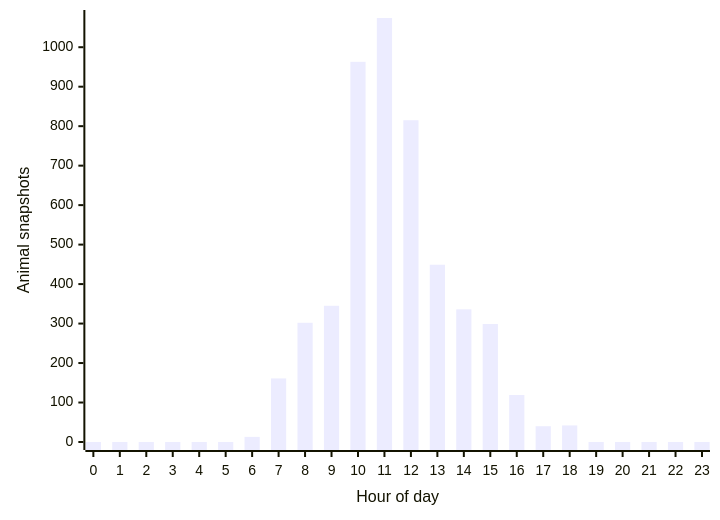
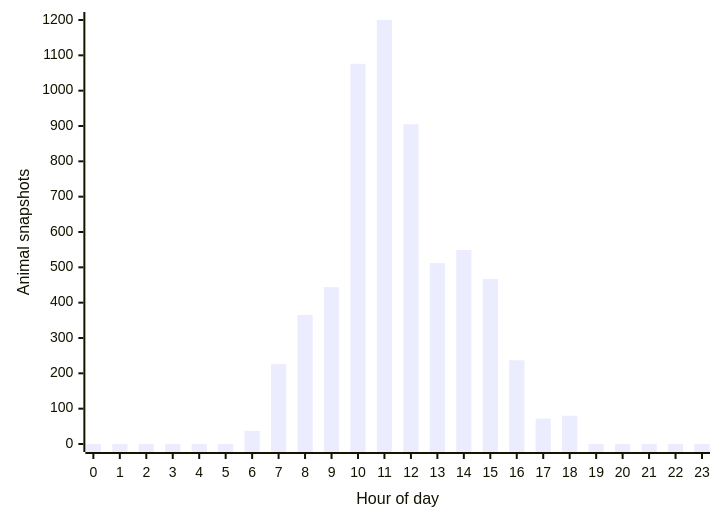
One commit to joshuafrommeyer-35/PierTracker changed the second of 3 diagrams in README.md. Above: the diagram before and after it, drawn with Mermaid. The commit also changed other lines of this file and 8 other files, not shown here.

````diff
--- a/README.md
+++ b/README.md
@@ -123,6 +126,6 @@
 ```mermaid
 xychart-beta
     x-axis "Hour of day" [0, 1, 2, 3, 4, 5, 6, 7, 8, 9, 10, 11, 12, 13, 14, 15, 16, 17, 18, 19, 20, 21, 22, 23]
     y-axis "Animal snapshots"
-    bar [0, 0, 0, 0, 0, 0, 13, 161, 302, 345, 963, 1074, 815, 449, 336, 299, 119, 40, 42, 0, 0, 0, 0, 0]
+    bar [0, 0, 0, 0, 0, 0, 37, 226, 365, 444, 1076, 1200, 905, 512, 549, 467, 237, 72, 80, 0, 0, 0, 0, 0]
 ```
````
